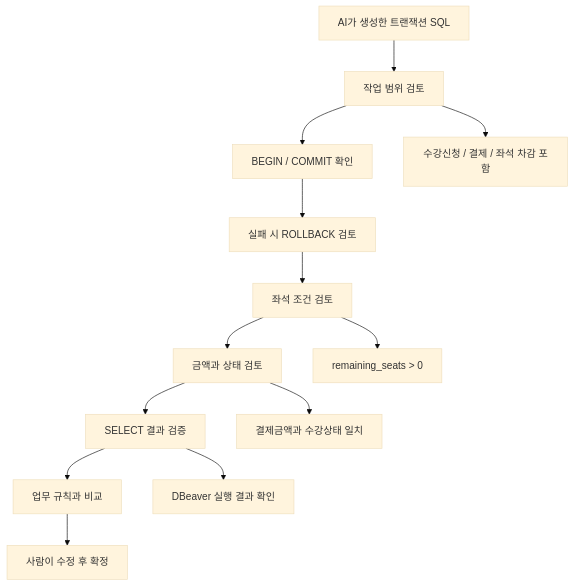
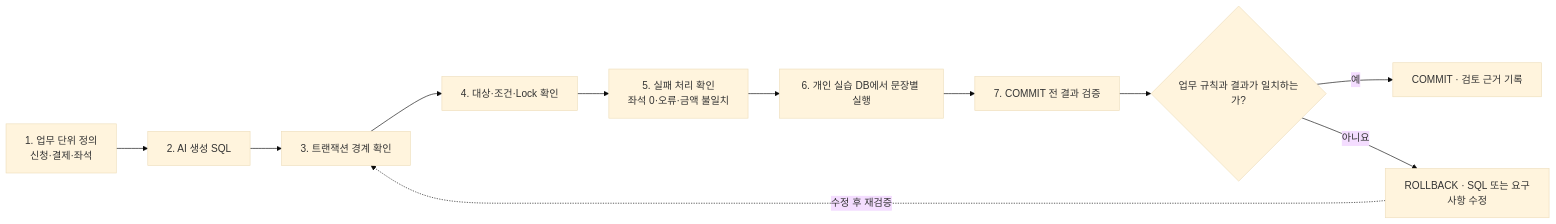
Before and after one commit to GilbertMoon/ai-database-book: the diagram in images/chapter09/ch09_08_ai_transaction_review_flow.mmd, drawn with Mermaid (base theme).

Commit message:
Simplify Chapter 09 AI review Mermaid

```diff
--- a/images/chapter09/ch09_08_ai_transaction_review_flow.mmd
+++ b/images/chapter09/ch09_08_ai_transaction_review_flow.mmd
@@ -1,15 +1,11 @@
-flowchart TD
-    A[AI가 생성한 트랜잭션 SQL]
-    A --> B[작업 범위 검토]
-    B --> C[BEGIN / COMMIT 확인]
-    C --> D[실패 시 ROLLBACK 검토]
-    D --> E[좌석 조건 검토]
-    E --> F[금액과 상태 검토]
-    F --> G[SELECT 결과 검증]
-    G --> H[업무 규칙과 비교]
-    H --> I[사람이 수정 후 확정]
-
-    B --> B1[수강신청 / 결제 / 좌석 차감 포함]
-    E --> E1[remaining_seats > 0]
-    F --> F1[결제금액과 수강상태 일치]
-    G --> G1[DBeaver 실행 결과 확인]
+flowchart LR
+    A[1. 업무 단위 정의<br/>신청·결제·좌석] --> B[2. AI 생성 SQL]
+    B --> C[3. 트랜잭션 경계 확인]
+    C --> D[4. 대상·조건·Lock 확인]
+    D --> E[5. 실패 처리 확인<br/>좌석 0·오류·금액 불일치]
+    E --> F[6. 개인 실습 DB에서 문장별 실행]
+    F --> G[7. COMMIT 전 결과 검증]
+    G --> H{업무 규칙과 결과가 일치하는가?}
+    H -- 예 --> I[COMMIT · 검토 근거 기록]
+    H -- 아니요 --> J[ROLLBACK · SQL 또는 요구사항 수정]
+    J -. 수정 후 재검증 .-> C
```
